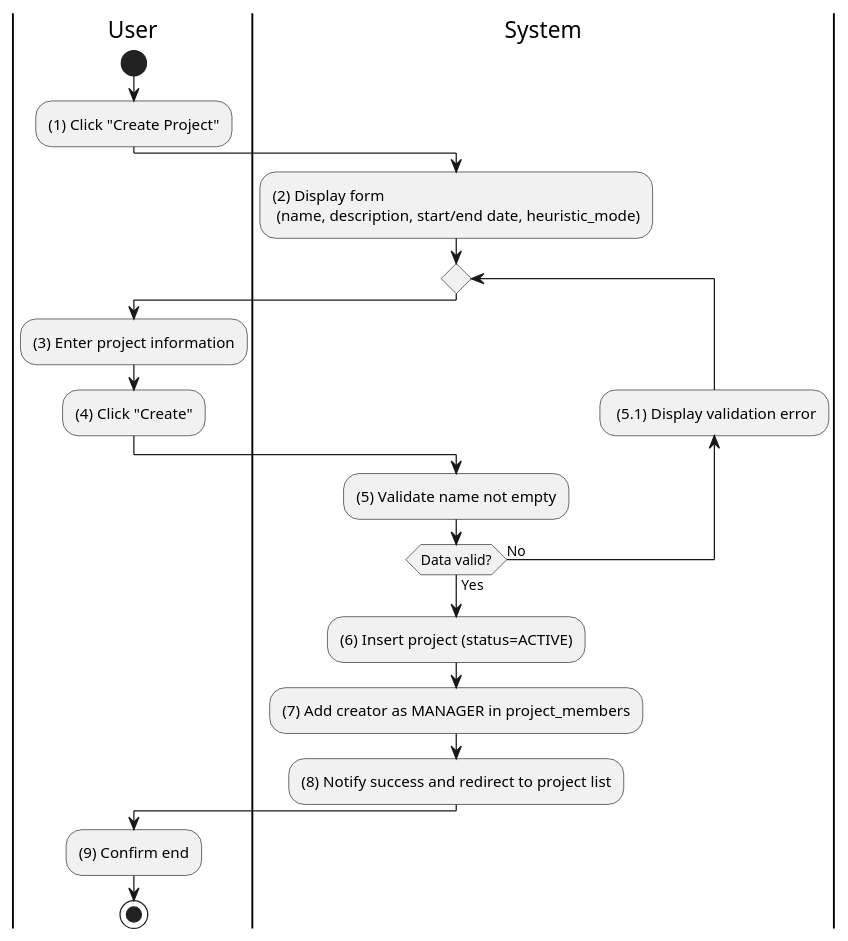
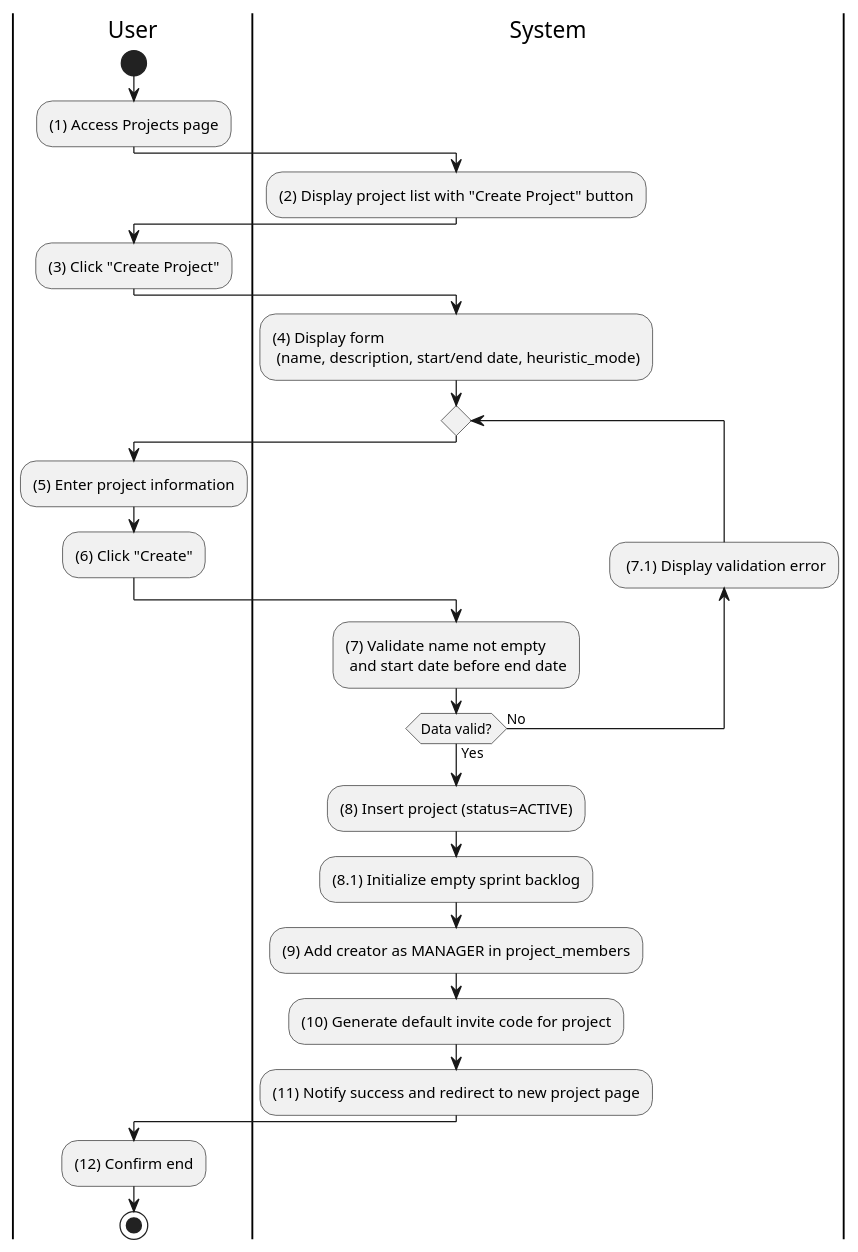
The diagram in docs/docs/activity/project-management/create-new-project.md (taskpilot-platform/taskpilot-platform.github.io), drawn with PlantUML before and after one commit. The commit also changed 17 other files, not shown here.

````diff
--- a/docs/docs/activity/project-management/create-new-project.md
+++ b/docs/docs/activity/project-management/create-new-project.md
@@ -3,32 +3,41 @@
 ```plantuml
 @startuml
+
 |U|User
 |S|System
 
 |U|
 start
-:(1) Click "Create Project";
+:(1) Access Projects page;
 
 |S|
-:(2) Display form \n (name, description, start/end date, heuristic_mode);
+:(2) Display project list with "Create Project" button;
+
+|U|
+:(3) Click "Create Project";
+
+|S|
+:(4) Display form \n (name, description, start/end date, heuristic_mode);
 
 repeat
   |U|
-  :(3) Enter project information;
-  :(4) Click "Create";
+  :(5) Enter project information;
+  :(6) Click "Create";
 
   |S|
-  :(5) Validate name not empty;
-  backward: (5.1) Display validation error;
+  :(7) Validate name not empty \n and start date before end date;
+  backward: (7.1) Display validation error;
 repeat while (Data valid?) is (No) not (Yes)
 
-:(6) Insert project (status=ACTIVE);
-:(7) Add creator as MANAGER in project_members;
-:(8) Notify success and redirect to project list;
+:(8) Insert project (status=ACTIVE);
+:(8.1) Initialize empty sprint backlog;
+:(9) Add creator as MANAGER in project_members;
+:(10) Generate default invite code for project;
+:(11) Notify success and redirect to new project page;
 
 |U|
-:(9) Confirm end;
+:(12) Confirm end;
 
 stop
 @enduml
 ```
````
